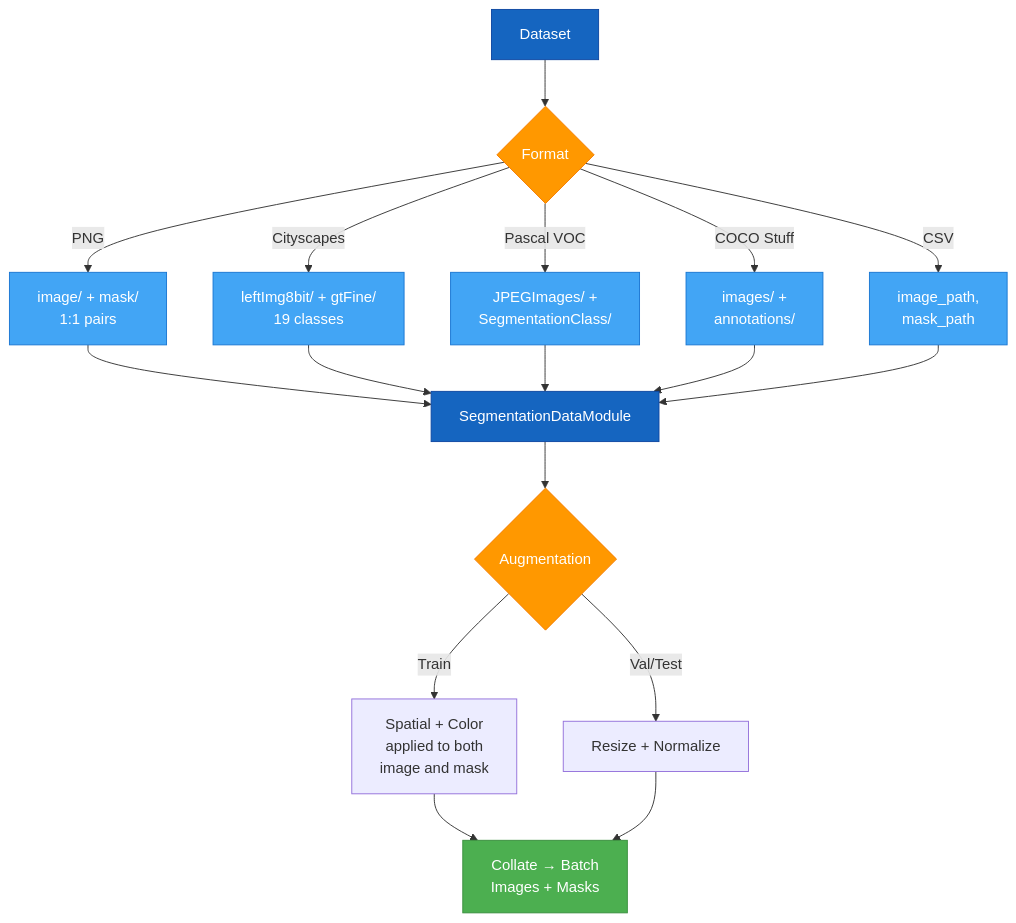
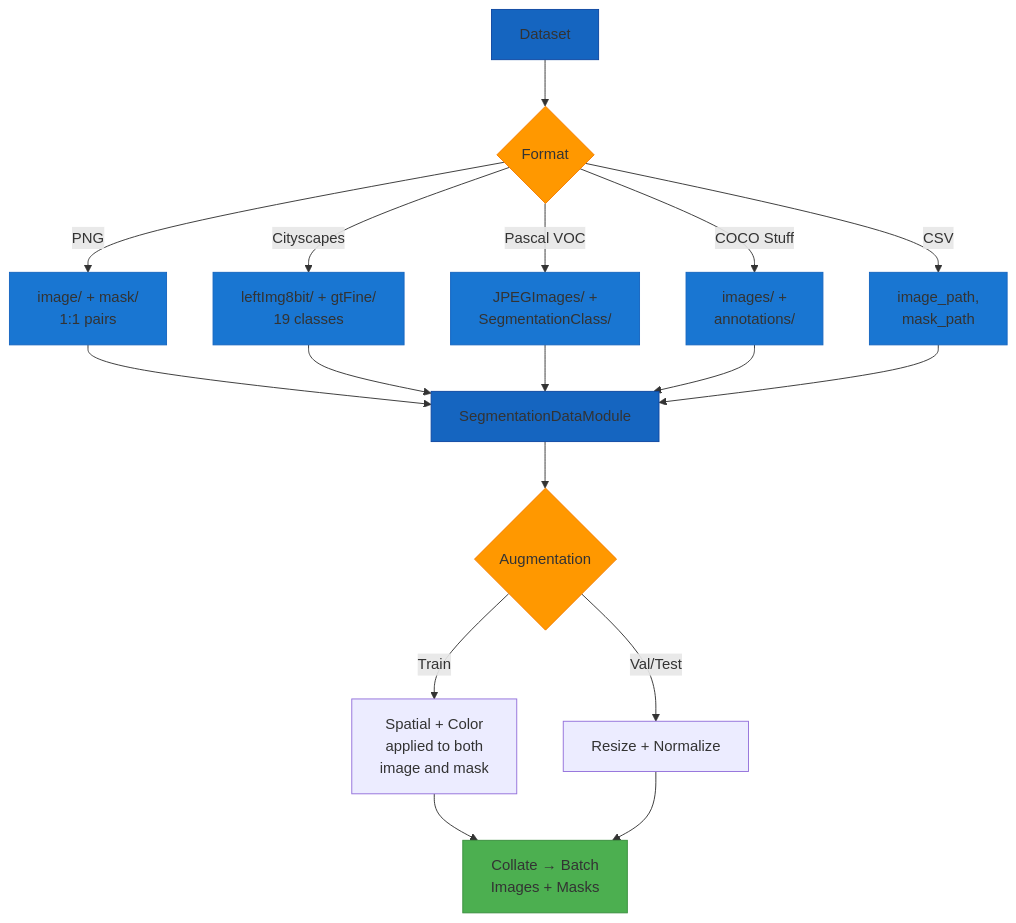
One commit to theja-vanka/AutoTimm changed the diagram in docs/user-guide/data-loading/segmentation-data.md. Above: the diagram before and after it, drawn with Mermaid. The commit also changed 37 other files, not shown here.

````diff
--- a/docs/user-guide/data-loading/segmentation-data.md
+++ b/docs/user-guide/data-loading/segmentation-data.md
@@ -7,30 +7,30 @@
 ```mermaid
 graph TD
     A[Dataset] --> B{Format}
     B -->|PNG| C1[image/ + mask/<br/>1:1 pairs]
     B -->|Cityscapes| C2[leftImg8bit/ + gtFine/<br/>19 classes]
     B -->|Pascal VOC| C3[JPEGImages/ +<br/>SegmentationClass/]
     B -->|COCO Stuff| C4[images/ +<br/>annotations/]
     B -->|CSV| C5[image_path,<br/>mask_path]
     C1 --> D[SegmentationDataModule]
     C2 --> D
     C3 --> D
     C4 --> D
     C5 --> D
     D --> E{Augmentation}
     E -->|Train| F1[Spatial + Color<br/>applied to both<br/>image and mask]
     E -->|Val/Test| F2[Resize + Normalize]
     F1 --> G[Collate → Batch<br/>Images + Masks]
     F2 --> G
 
-    style A fill:#1565C0,stroke:#0D47A1,color:#fff
-    style B fill:#FF9800,stroke:#F57C00,color:#fff
-    style C1 fill:#42A5F5,stroke:#1976D2,color:#fff
-    style C2 fill:#42A5F5,stroke:#1976D2,color:#fff
-    style C3 fill:#42A5F5,stroke:#1976D2,color:#fff
-    style C4 fill:#42A5F5,stroke:#1976D2,color:#fff
-    style C5 fill:#42A5F5,stroke:#1976D2,color:#fff
-    style D fill:#1565C0,stroke:#0D47A1,color:#fff
-    style E fill:#FF9800,stroke:#F57C00,color:#fff
-    style G fill:#4CAF50,stroke:#388E3C,color:#fff
+    style A fill:#1565C0,stroke:#0D47A1
+    style B fill:#FF9800,stroke:#F57C00
+    style C1 fill:#1976D2,stroke:#1565C0
+    style C2 fill:#1976D2,stroke:#1565C0
+    style C3 fill:#1976D2,stroke:#1565C0
+    style C4 fill:#1976D2,stroke:#1565C0
+    style C5 fill:#1976D2,stroke:#1565C0
+    style D fill:#1565C0,stroke:#0D47A1
+    style E fill:#FF9800,stroke:#F57C00
+    style G fill:#4CAF50,stroke:#388E3C
 ```
````
